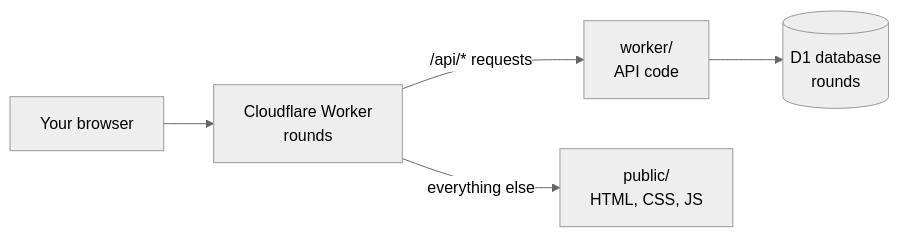
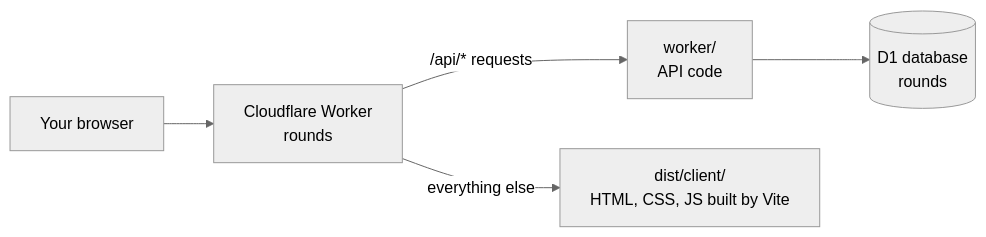
Before and after one commit to gvogas/medDashboard: the first of 2 diagrams in docs/DEPLOYING.md, drawn with Mermaid (neutral theme). The commit also changed other lines of this file and 128 other files, not shown here.

````diff
--- a/docs/DEPLOYING.md
+++ b/docs/DEPLOYING.md
@@ -14,7 +14,7 @@
 ```mermaid
 flowchart LR
   B[Your browser] --> W[Cloudflare Worker<br/>rounds]
   W -->|/api/* requests| API[worker/<br/>API code]
-  W -->|everything else| P[public/<br/>HTML, CSS, JS]
+  W -->|everything else| P[dist/client/<br/>HTML, CSS, JS built by Vite]
   API --> D[(D1 database<br/>rounds)]
 ```
````
